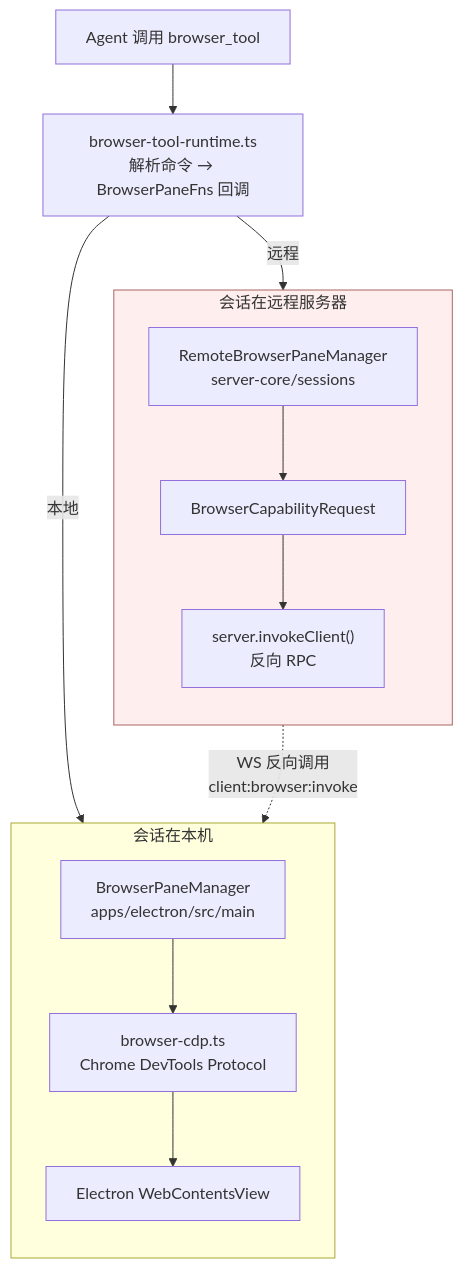
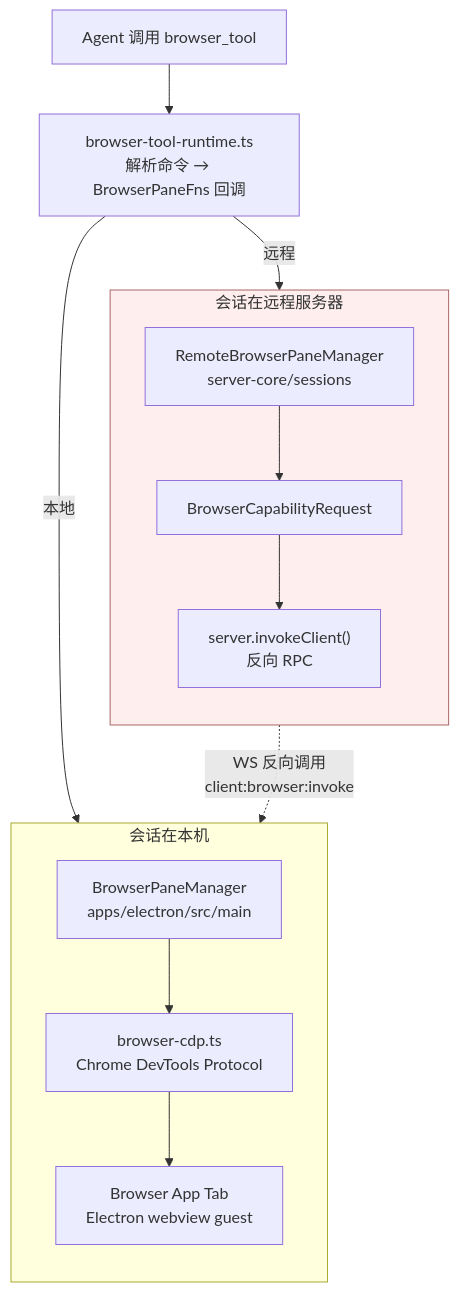
The diagram in docs/dev/17-browser.md (w88975/desktop-app), drawn with Mermaid before and after one commit. The commit also changed other lines of this file and 15 other files, not shown here.

Commit message:
feat(browser): 将内置浏览器迁移为应用 Tab

````diff
--- a/docs/dev/17-browser.md
+++ b/docs/dev/17-browser.md
@@ -33,28 +38,28 @@
 ```mermaid
 graph TB
     agent["Agent 调用 browser_tool"]
     runtime["browser-tool-runtime.ts<br/>解析命令 → BrowserPaneFns 回调"]
 
     subgraph local["会话在本机"]
         direction TB
         bpm["BrowserPaneManager<br/>apps/electron/src/main"]
         cdp["browser-cdp.ts<br/>Chrome DevTools Protocol"]
-        view["Electron WebContentsView"]
+        view["Browser App Tab<br/>Electron webview guest"]
         bpm --> cdp --> view
     end
 
     subgraph remote["会话在远程服务器"]
         direction TB
         rbpm["RemoteBrowserPaneManager<br/>server-core/sessions"]
         cap["BrowserCapabilityRequest"]
         inv["server.invokeClient()<br/>反向 RPC"]
         rbpm --> cap --> inv
     end
 
     agent --> runtime
     runtime -->|"本地"| bpm
     runtime -->|"远程"| rbpm
     inv -.->|"WS 反向调用<br/>client:browser:invoke"| bpm
 
     style remote fill:#fee,stroke:#a66
 ```
````
